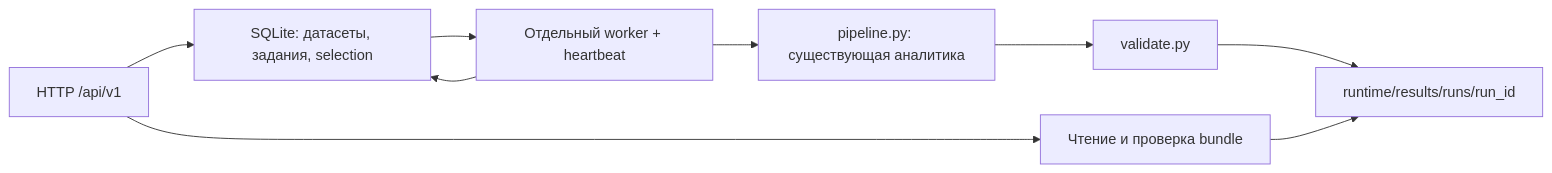
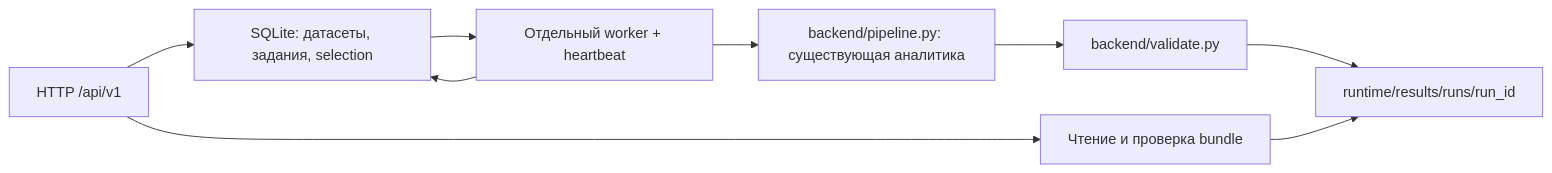
One commit to BAITC-Hacks/hack-4c401bd7-pied-piper changed the first of 2 diagrams in docs/architecture.md. Above: the diagram before and after it, drawn with Mermaid. The commit also changed other lines of this file and 70 other files, not shown here.

````diff
--- a/docs/architecture.md
+++ b/docs/architecture.md
@@ -10,11 +10,11 @@
 ```mermaid
 flowchart LR
   HTTP["HTTP /api/v1"] --> DB["SQLite: датасеты, задания, selection"]
   HTTP --> READ["Чтение и проверка bundle"]
   DB --> W["Отдельный worker + heartbeat"]
-  W --> P["pipeline.py: существующая аналитика"]
-  P --> V["validate.py"]
+  W --> P["backend/pipeline.py: существующая аналитика"]
+  P --> V["backend/validate.py"]
   V --> FILES["runtime/results/runs/run_id"]
   READ --> FILES
   W --> DB
 ```
````
